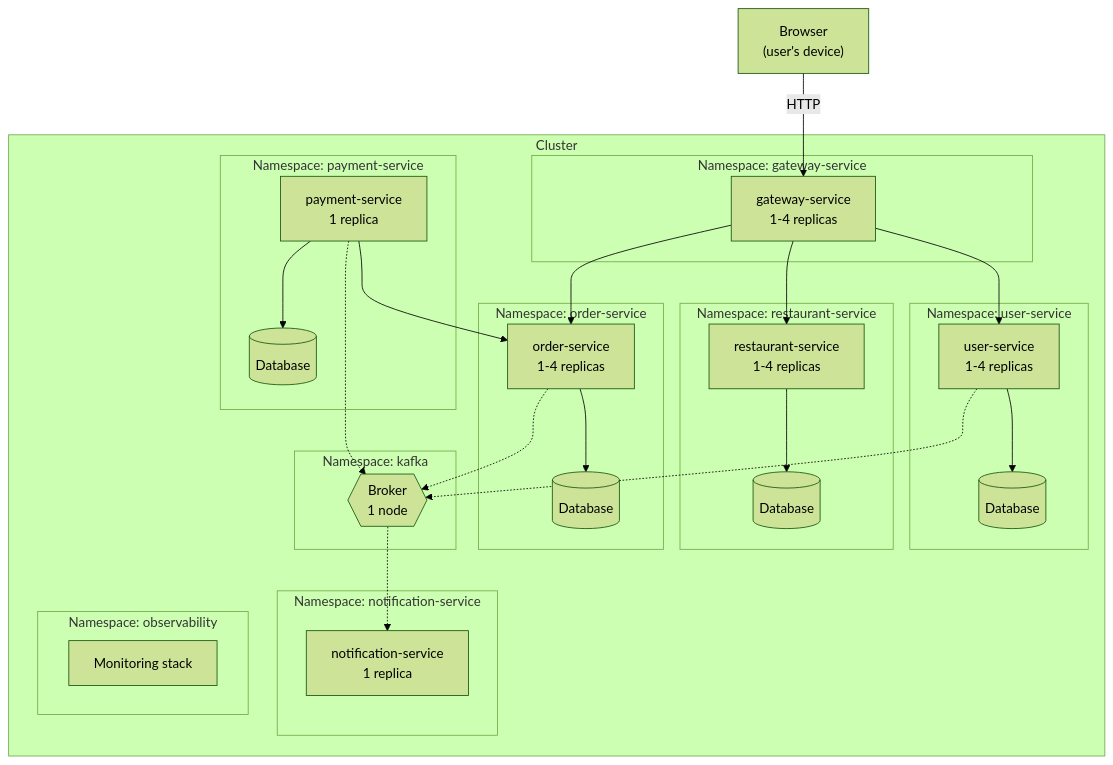
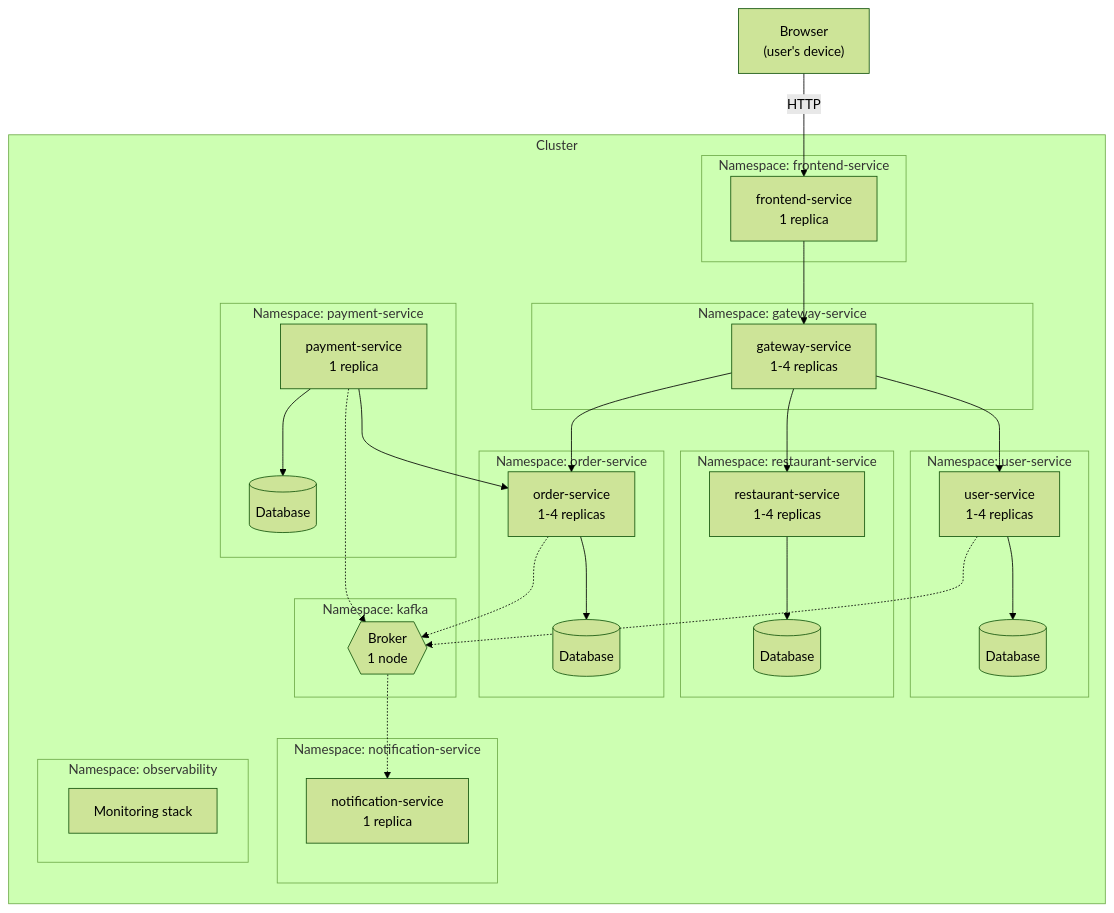
Before and after one commit to Norby99/munchies: the diagram in docs/reports/ds/03-design/infrastructure.md, drawn with Mermaid (forest theme). The commit also changed other lines of this file and 21 other files, not shown here.

````diff
--- a/docs/reports/ds/03-design/infrastructure.md
+++ b/docs/reports/ds/03-design/infrastructure.md
@@ -40,49 +41,53 @@
 ```mermaid
 flowchart TB
     browser["Browser<br/>(user's device)"]
 
     subgraph cluster["Cluster"]
+        subgraph fens["Namespace: frontend-service"]
+            fe["frontend-service<br/>1 replica"]
+        end
         subgraph gwns["Namespace: gateway-service"]
             gw["gateway-service<br/>1-4 replicas"]
         end
         subgraph uns["Namespace: user-service"]
             user["user-service<br/>1-4 replicas"]
             udb[("Database")]
         end
         subgraph rns["Namespace: restaurant-service"]
             rest["restaurant-service<br/>1-4 replicas"]
             rdb[("Database")]
         end
         subgraph ons["Namespace: order-service"]
             order["order-service<br/>1-4 replicas"]
             odb[("Database")]
         end
         subgraph pns["Namespace: payment-service"]
             pay["payment-service<br/>1 replica"]
             pdb[("Database")]
         end
         subgraph nns["Namespace: notification-service"]
             notif["notification-service<br/>1 replica"]
         end
         subgraph kns["Namespace: kafka"]
             broker{{"Broker<br/>1 node"}}
         end
         subgraph obs["Namespace: observability"]
             mon["Monitoring stack"]
         end
     end
 
-    browser -->|HTTP| gw
+    browser -->|HTTP| fe
+    fe --> gw
     gw --> user
     gw --> rest
     gw --> order
     pay --> order
     user --> udb
     rest --> rdb
     order --> odb
     pay --> pdb
     user -.-> broker
     order -.-> broker
     pay -.-> broker
     broker -.-> notif
 ```
````
